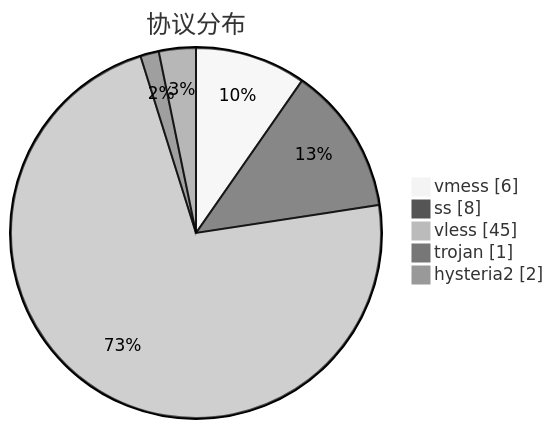
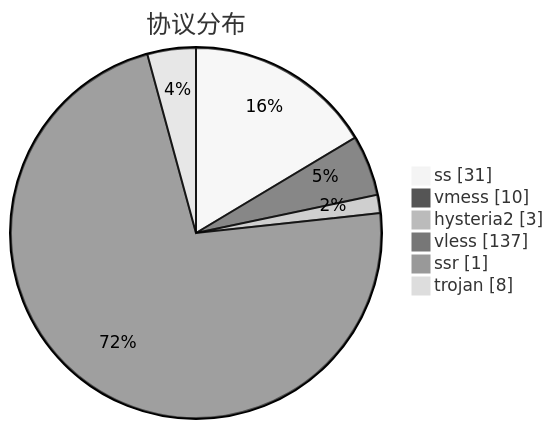
The third of 3 diagrams in subs/statistics/tested_within.md (sinspired/airport), drawn with Mermaid (neutral theme) before and after one commit. The commit also changed other lines of this file and 2 other files, not shown here.

````diff
--- a/subs/statistics/tested_within.md
+++ b/subs/statistics/tested_within.md
@@ -27,9 +33,10 @@
 ```mermaid
 pie showData
 title 协议分布
-"vmess" : 6
-"ss" : 8
-"vless" : 45
-"trojan" : 1
-"hysteria2" : 2
+"ss" : 31
+"vmess" : 10
+"hysteria2" : 3
+"vless" : 137
+"ssr" : 1
+"trojan" : 8
 ```
````
